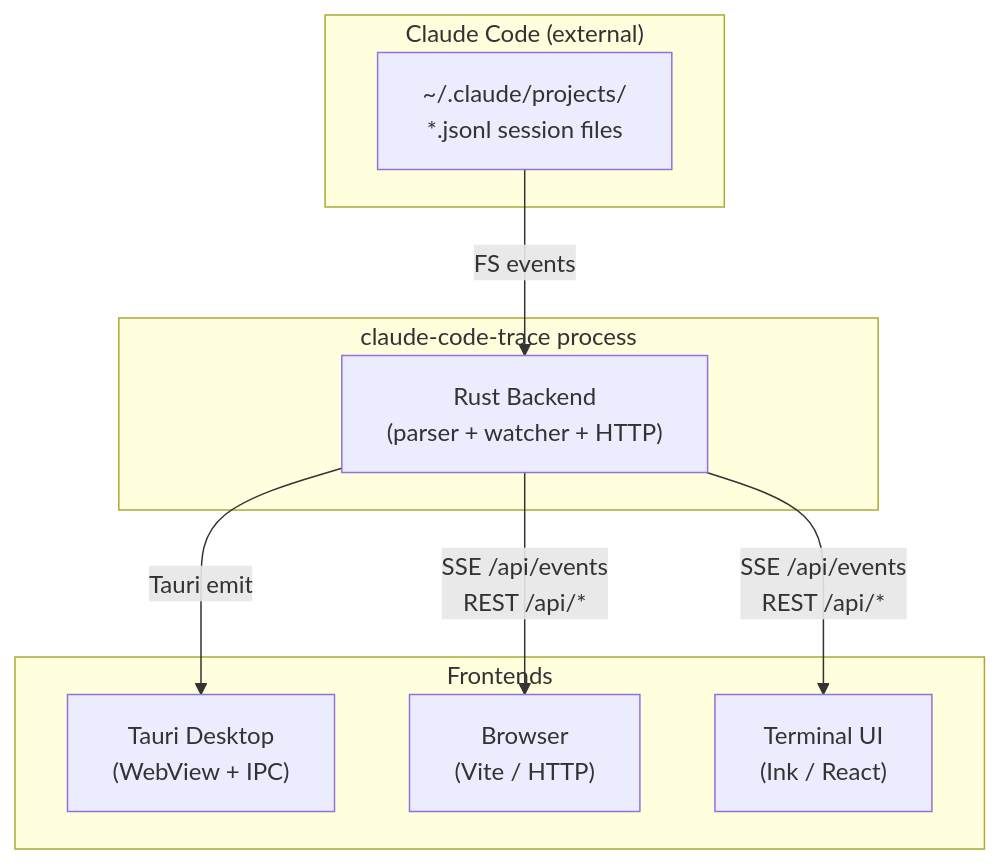
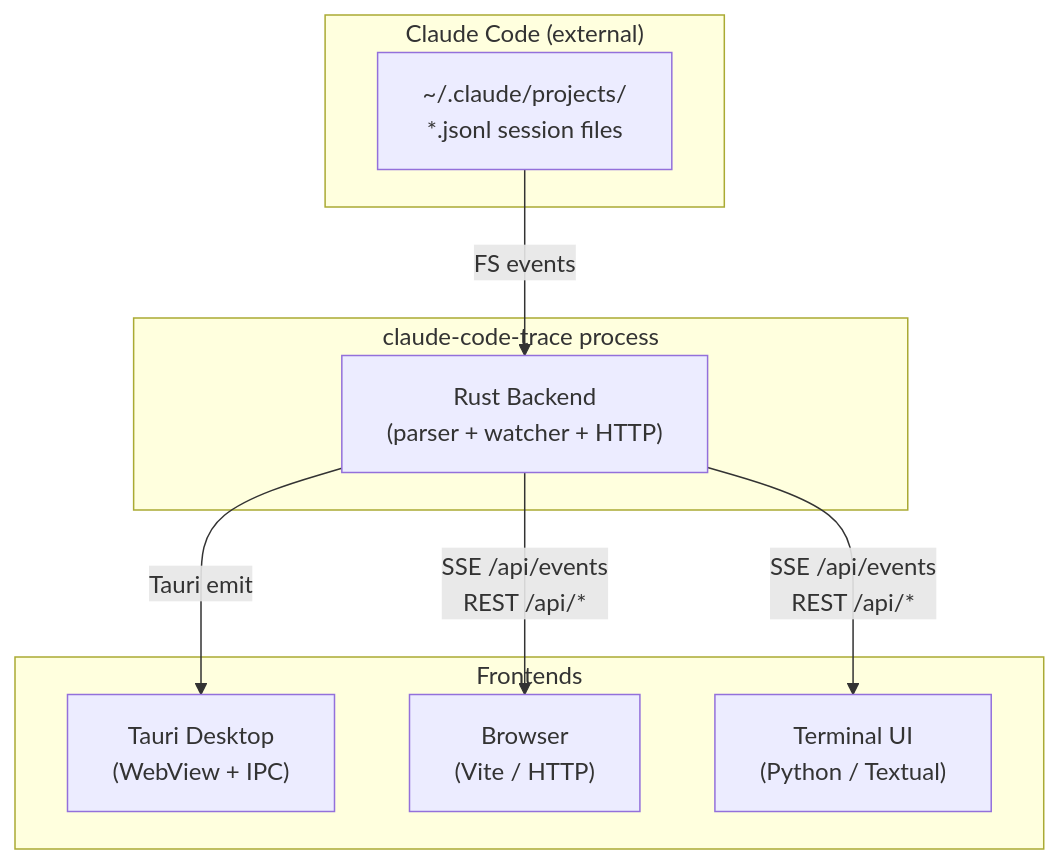
One commit to delexw/claude-code-trace changed the first of 2 diagrams in specs/00-overview.md. Above: the diagram before and after it, drawn with Mermaid. The commit also changed other lines of this file and 72 other files, not shown here.

First line of the commit message:
feat(tui-py): migrate TUI to Python/Textual; add tests + polish

````diff
--- a/specs/00-overview.md
+++ b/specs/00-overview.md
@@ -12,21 +12,21 @@
 ```mermaid
 graph TB
     subgraph Claude_Code["Claude Code (external)"]
         JSONL["~/.claude/projects/\n*.jsonl session files"]
     end
 
     subgraph cctrace["claude-code-trace process"]
         RUST["Rust Backend\n(parser + watcher + HTTP)"]
     end
 
     subgraph Frontends
         TAURI["Tauri Desktop\n(WebView + IPC)"]
         WEB["Browser\n(Vite / HTTP)"]
-        TUI["Terminal UI\n(Ink / React)"]
+        TUI["Terminal UI\n(Python / Textual)"]
     end
 
     JSONL -->|"FS events"| RUST
     RUST -->|"Tauri emit"| TAURI
     RUST -->|"SSE /api/events\nREST /api/*"| WEB
     RUST -->|"SSE /api/events\nREST /api/*"| TUI
 ```
````
